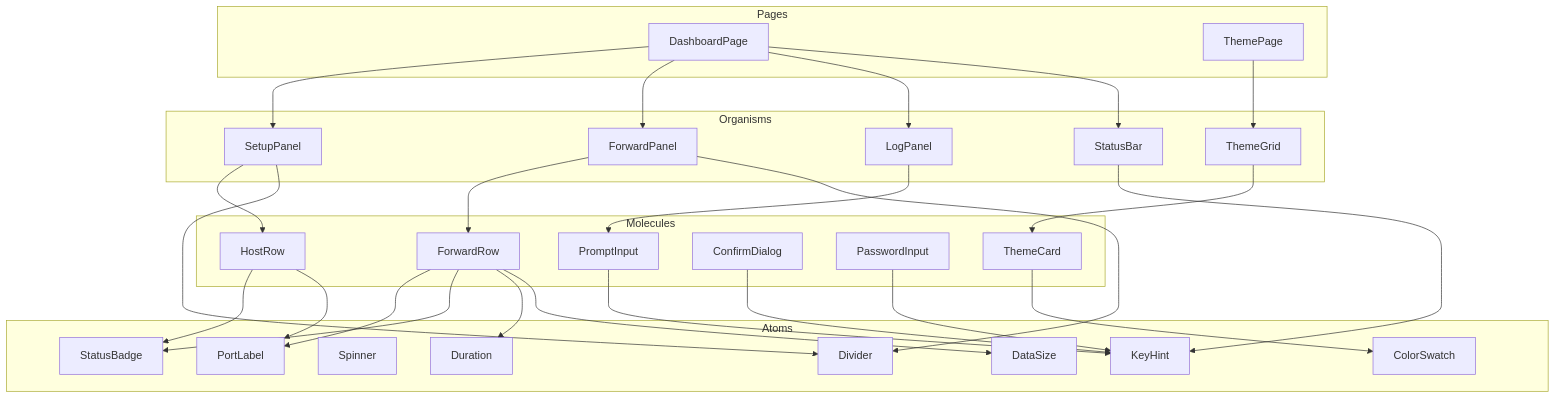
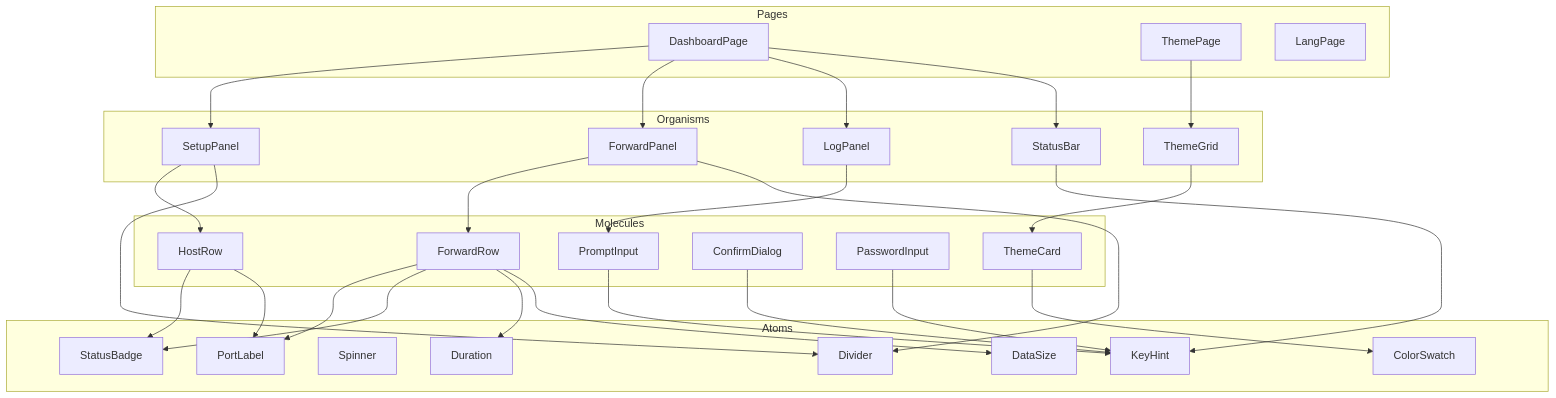
Before and after one commit to ousiassllc/MolePort: the seventh of 20 diagrams in docs/architecture/overview.md, drawn with Mermaid. The commit also changed other lines of this file and 2 other files, not shown here.

````diff
--- a/docs/architecture/overview.md
+++ b/docs/architecture/overview.md
@@ -290,61 +296,62 @@
 ```mermaid
 graph TD
     subgraph Pages
         Dashboard["DashboardPage"]
         ThemePage["ThemePage"]
+        LangPage["LangPage"]
     end
 
     subgraph Organisms
         SP["SetupPanel"]
         FP["ForwardPanel"]
         LP["LogPanel"]
         SB["StatusBar"]
         TG["ThemeGrid"]
     end
 
     subgraph Molecules
         HR["HostRow"]
         FR["ForwardRow"]
         PI["PromptInput"]
         CD["ConfirmDialog"]
         PW["PasswordInput"]
         TC["ThemeCard"]
     end
 
     subgraph Atoms
         Badge["StatusBadge"]
         Port["PortLabel"]
         Spin["Spinner"]
         Key["KeyHint"]
         DS["DataSize"]
         Dur["Duration"]
         Div["Divider"]
         CS["ColorSwatch"]
     end
 
     Dashboard --> SP
     Dashboard --> FP
     Dashboard --> LP
     Dashboard --> SB
 
     ThemePage --> TG
     TG --> TC
     TC --> CS
 
     SP --> HR
     SP --> Div
     FP --> FR
     FP --> Div
     LP --> PI
     SB --> Key
 
     HR --> Badge
     HR --> Port
     FR --> Port
     FR --> Badge
     FR --> Dur
     FR --> DS
     PI --> Key
     CD --> Key
     PW --> Key
 ```
````
